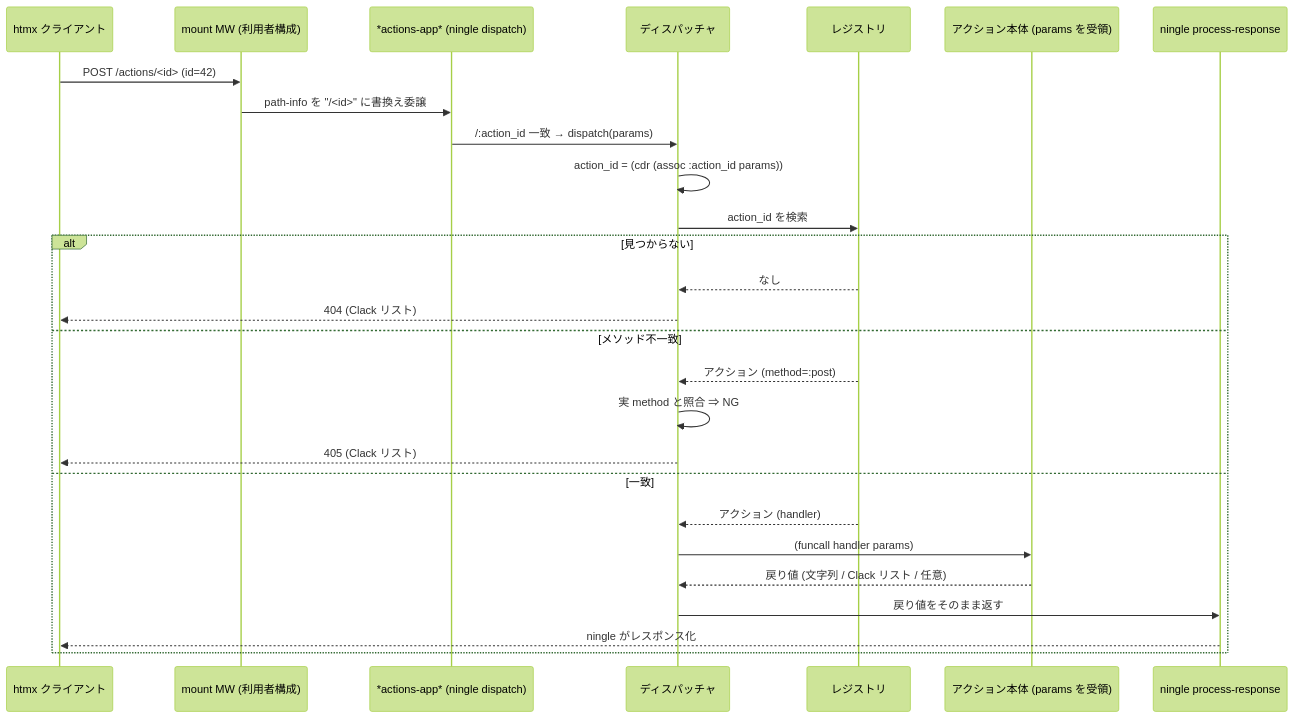
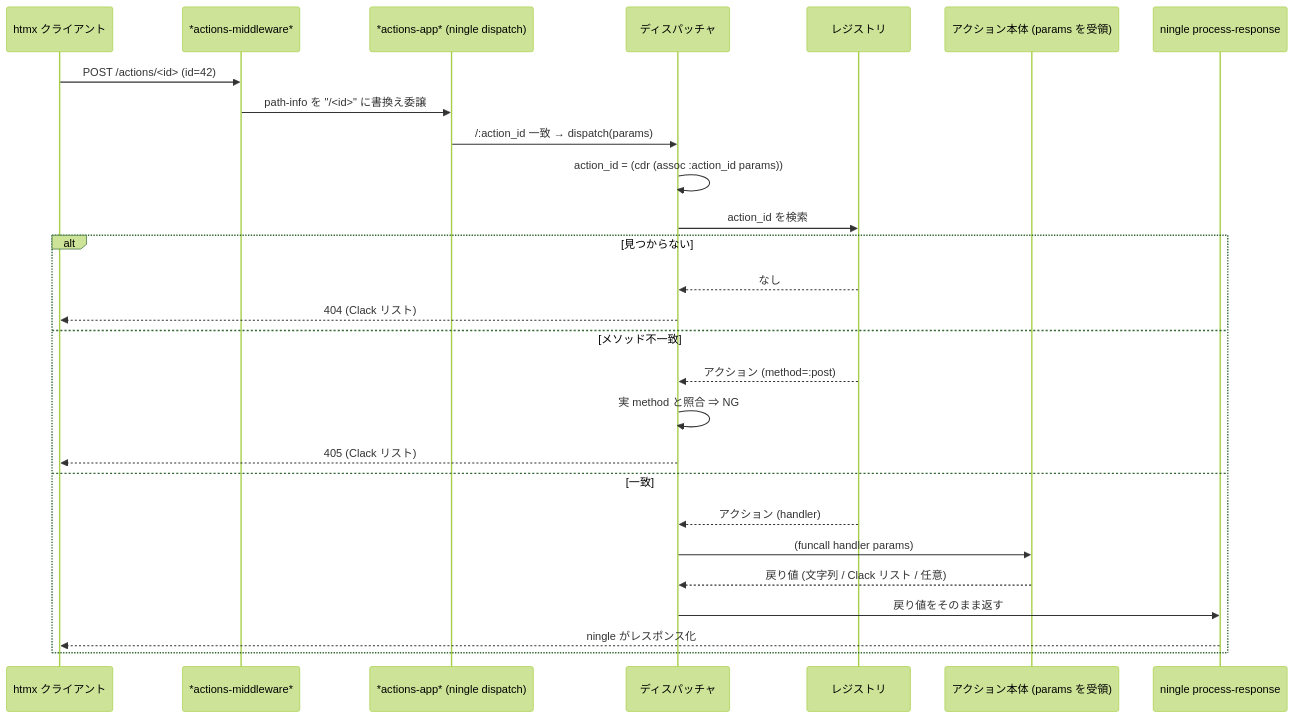
One commit to skyizwhite/ningle-actions changed the third of 6 diagrams in docs/functional-design.md. Above: the diagram before and after it, drawn with Mermaid (forest theme). The commit also changed other lines of this file and 14 other files, not shown here.

````diff
--- a/docs/functional-design.md
+++ b/docs/functional-design.md
@@ -84,30 +84,30 @@
 ```mermaid
 sequenceDiagram
     participant C as htmx クライアント
-    participant Mnt as mount MW (利用者構成)
+    participant Mnt as *actions-middleware*
     participant N as *actions-app* (ningle dispatch)
     participant D as ディスパッチャ
     participant Reg as レジストリ
     participant B as アクション本体 (params を受領)
     participant PR as ningle process-response
 
     C->>Mnt: POST /actions/<id> (id=42)
     Mnt->>N: path-info を "/<id>" に書換え委譲
     N->>D: /:action_id 一致 → dispatch(params)
     D->>D: action_id = (cdr (assoc :action_id params))
     D->>Reg: action_id を検索
     alt 見つからない
         Reg-->>D: なし
         D-->>C: 404 (Clack リスト)
     else メソッド不一致
         Reg-->>D: アクション (method=:post)
         D->>D: 実 method と照合 ⇒ NG
         D-->>C: 405 (Clack リスト)
     else 一致
         Reg-->>D: アクション (handler)
         D->>B: (funcall handler params)
         B-->>D: 戻り値 (文字列 / Clack リスト / 任意)
         D->>PR: 戻り値をそのまま返す
         PR-->>C: ningle がレスポンス化
     end
 ```
````
